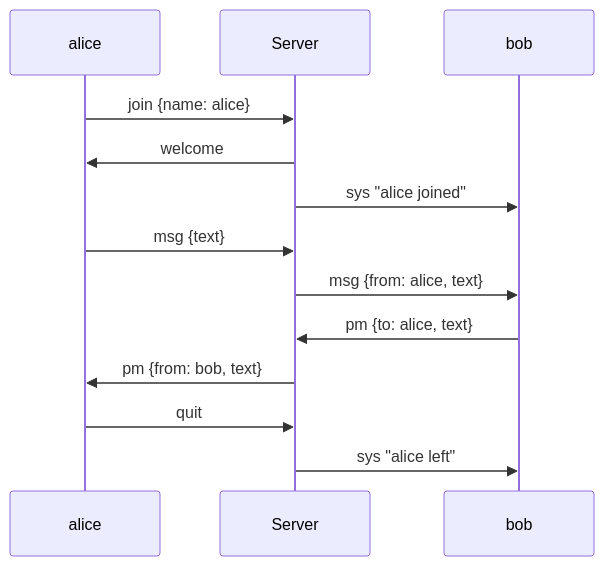
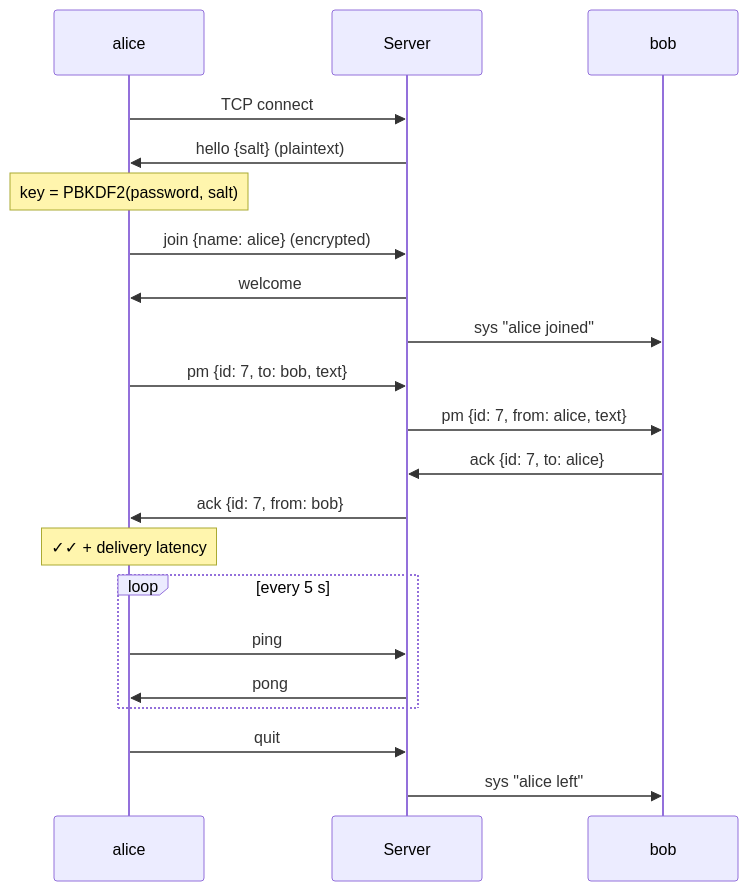
Before and after one commit to guipiacsek/TCP-Messenger: the second of 2 diagrams in docs/REPORT.md, drawn with Mermaid. The commit also changed other lines of this file and 9 other files, not shown here.

````diff
--- a/docs/REPORT.md
+++ b/docs/REPORT.md
@@ -74,15 +99,23 @@
 ```mermaid
 sequenceDiagram
     participant A as alice
     participant S as Server
     participant B as bob
-    A->>S: join {name: alice}
+    A->>S: TCP connect
+    S->>A: hello {salt} (plaintext)
+    Note over A: key = PBKDF2(password, salt)
+    A->>S: join {name: alice} (encrypted)
     S->>A: welcome
     S->>B: sys "alice joined"
-    A->>S: msg {text}
-    S->>B: msg {from: alice, text}
-    B->>S: pm {to: alice, text}
-    S->>A: pm {from: bob, text}
+    A->>S: pm {id: 7, to: bob, text}
+    S->>B: pm {id: 7, from: alice, text}
+    B->>S: ack {id: 7, to: alice}
+    S->>A: ack {id: 7, from: bob}
+    Note over A: ✓✓ + delivery latency
+    loop every 5 s
+        A->>S: ping
+        S->>A: pong
+    end
     A->>S: quit
     S->>B: sys "alice left"
 ```
````
